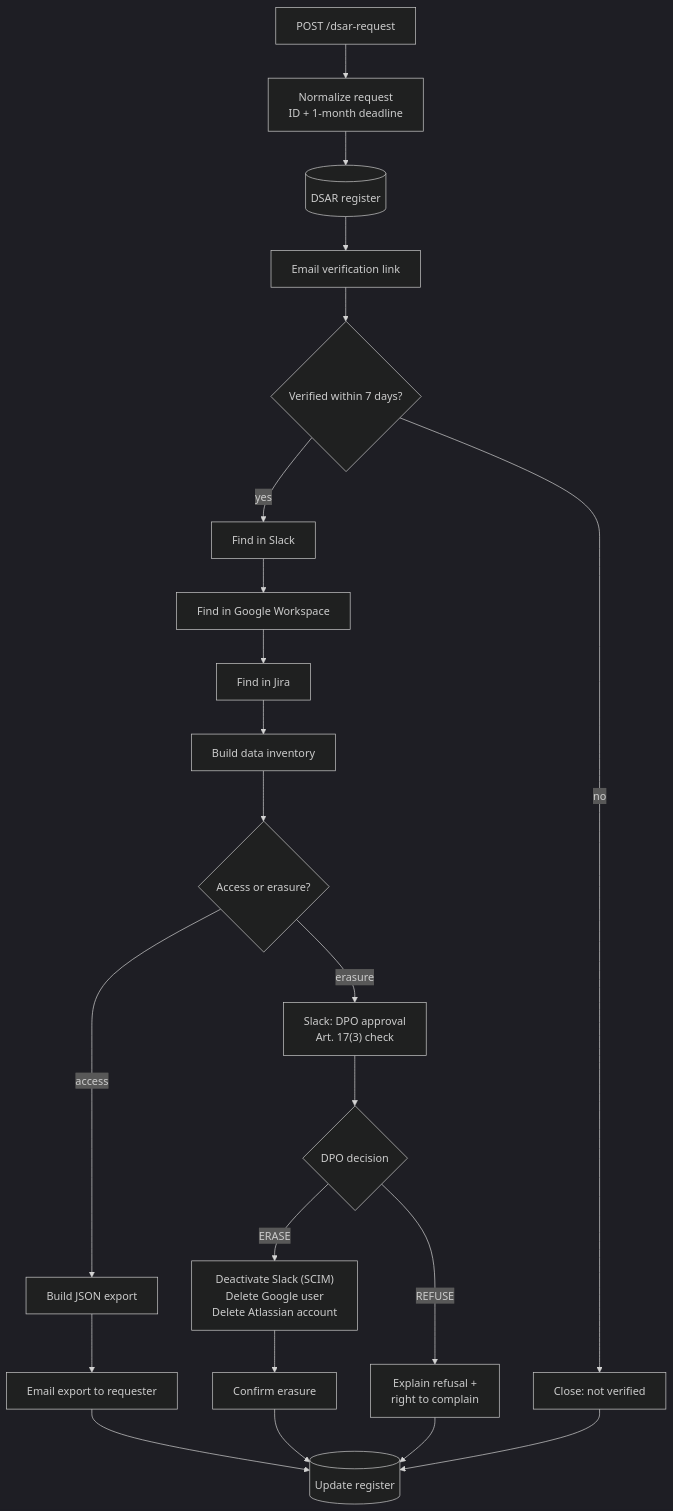
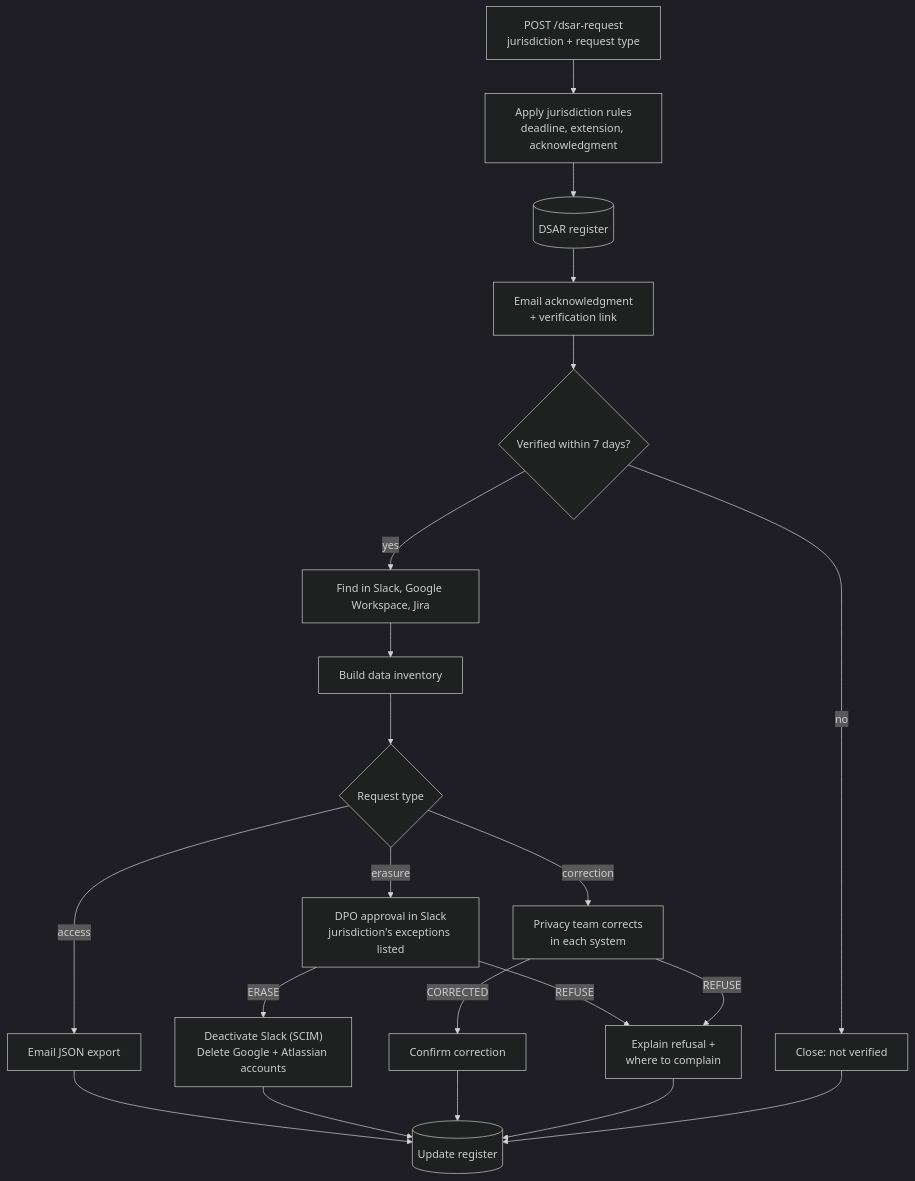
Before and after one commit to Mrandrew9/n8n-shop: the diagram in workflows/gdpr-dsar/README.md, drawn with Mermaid (dark theme). The commit also changed other lines of this file and 4 other files, not shown here.

First line of the commit message:
DSAR workflow: add CCPA/CPRA (California) and correction requests

````diff
--- a/workflows/gdpr-dsar/README.md
+++ b/workflows/gdpr-dsar/README.md
@@ -15,24 +18,23 @@
 ```mermaid
 flowchart TD
-    A["POST /dsar-request"] --> B["Normalize request<br/>ID + 1-month deadline"]
+    A["POST /dsar-request<br/>jurisdiction + request type"] --> B["Apply jurisdiction rules<br/>deadline, extension, acknowledgment"]
     B --> C[("DSAR register")]
-    C --> D["Email verification link"]
+    C --> D["Email acknowledgment<br/>+ verification link"]
     D --> E{"Verified within 7 days?"}
     E -- no --> X["Close: not verified"]
-    E -- yes --> F["Find in Slack"]
-    F --> G["Find in Google Workspace"]
-    G --> H["Find in Jira"]
-    H --> I["Build data inventory"]
-    I --> J{"Access or erasure?"}
-    J -- access --> K["Build JSON export"]
-    K --> L["Email export to requester"]
-    J -- erasure --> M["Slack: DPO approval<br/>Art. 17(3) check"]
-    M --> N{"DPO decision"}
-    N -- ERASE --> O["Deactivate Slack (SCIM)<br/>Delete Google user<br/>Delete Atlassian account"]
-    O --> P["Confirm erasure"]
-    N -- REFUSE --> Q["Explain refusal +<br/>right to complain"]
-    L --> R[("Update register")]
-    P --> R
+    E -- yes --> F["Find in Slack, Google Workspace, Jira"]
+    F --> I["Build data inventory"]
+    I --> J{"Request type"}
+    J -- access --> K["Email JSON export"]
+    J -- erasure --> M["DPO approval in Slack<br/>jurisdiction's exceptions listed"]
+    M -- ERASE --> O["Deactivate Slack (SCIM)<br/>Delete Google + Atlassian accounts"]
+    J -- correction --> S["Privacy team corrects<br/>in each system"]
+    S -- CORRECTED --> T["Confirm correction"]
+    M -- REFUSE --> Q["Explain refusal +<br/>where to complain"]
+    S -- REFUSE --> Q
+    K --> R[("Update register")]
+    O --> R
+    T --> R
     Q --> R
     X --> R
 ```
````
